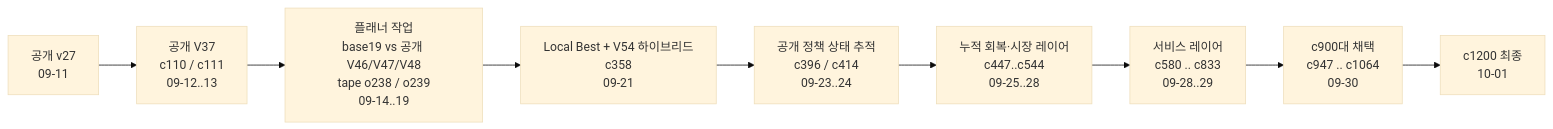
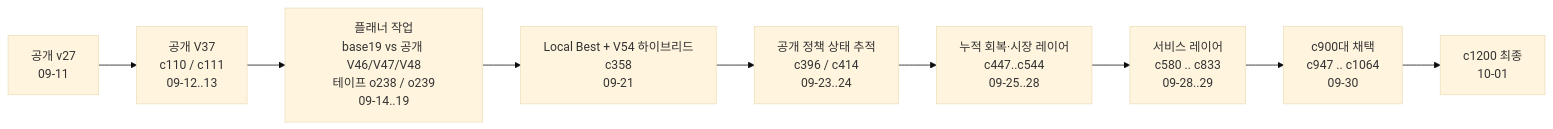
One commit to TaeyanG4/kaggriculture-strategy-meta changed the first of 3 diagrams in README.ko.md. Above: the diagram before and after it, drawn with Mermaid (base theme). The commit also changed other lines of this file and 2 other files, not shown here.

````diff
--- a/README.ko.md
+++ b/README.ko.md
@@ -70,11 +73,11 @@
 ```mermaid
 flowchart LR
     A[공개 v27<br/>09-11] --> B[공개 V37<br/>c110 / c111<br/>09-12..13]
-    B --> C[플래너 작업<br/>base19 vs 공개 V46/V47/V48<br/>tape o238 / o239<br/>09-14..19]
+    B --> C[플래너 작업<br/>base19 vs 공개 V46/V47/V48<br/>테이프 o238 / o239<br/>09-14..19]
     C --> D[Local Best + V54 하이브리드<br/>c358<br/>09-21]
     D --> E[공개 정책 상태 추적<br/>c396 / c414<br/>09-23..24]
     E --> F[누적 회복·시장 레이어<br/>c447..c544<br/>09-25..28]
     F --> G[서비스 레이어<br/>c580 .. c833<br/>09-28..29]
     G --> H[c900대 채택<br/>c947 .. c1064<br/>09-30]
     H --> I[c1200 최종<br/>10-01]
 ```
````
